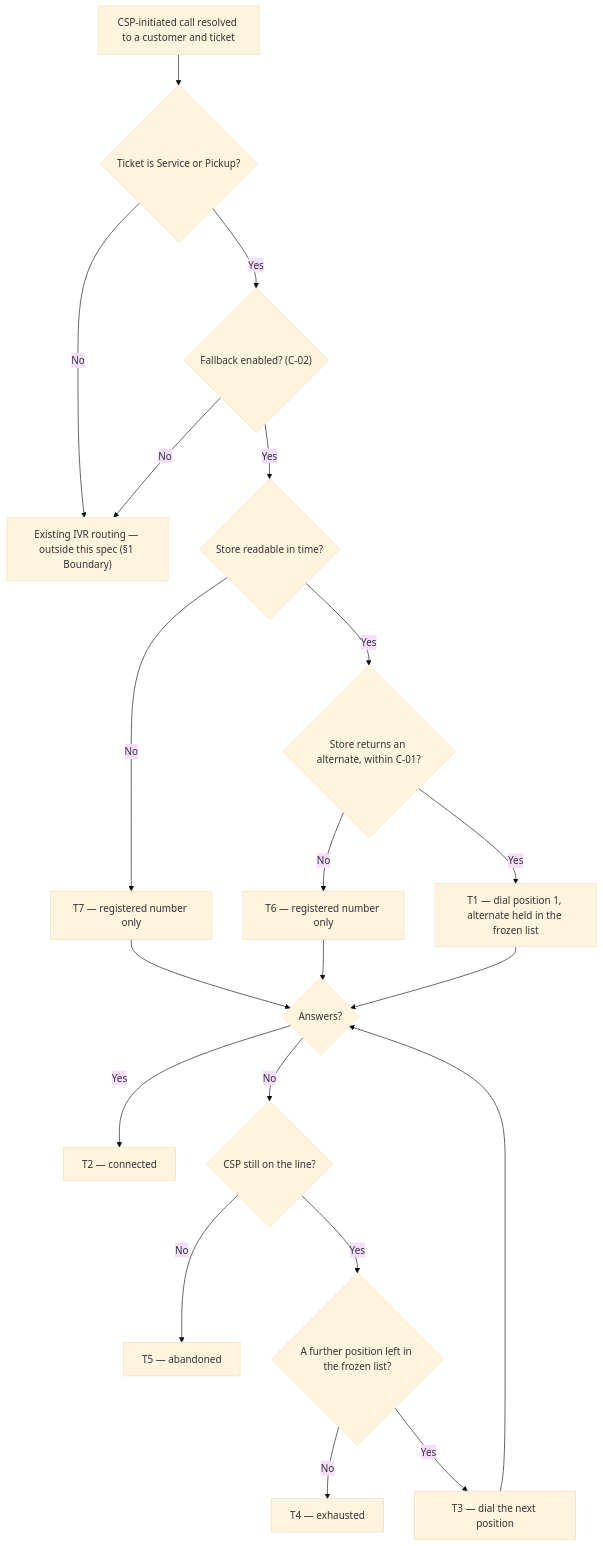
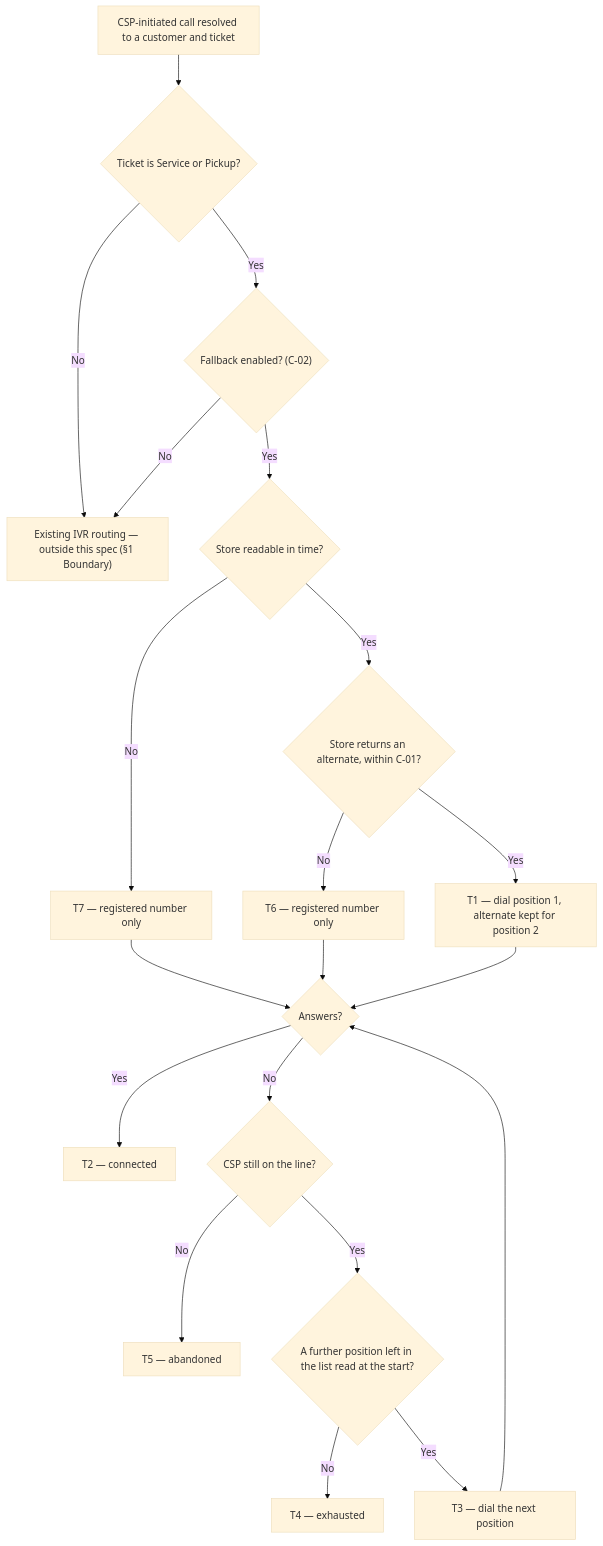
The diagram in IVR_Alternate_Number_PRD.md (ashish-raj-wiom/ivr-alternate-number), drawn with Mermaid (base theme) before and after one commit. The commit also changed other lines of this file and 2 other files, not shown here.

First line of the commit message:
v2.5 — drop "frozen dial list" from the ACs; keep the obligation

````diff
--- a/IVR_Alternate_Number_PRD.md
+++ b/IVR_Alternate_Number_PRD.md
@@ -77,22 +77,22 @@
 ```mermaid
 flowchart TD
     A["CSP-initiated call resolved to a customer and ticket"] --> B{"Ticket is Service or Pickup?"}
     B -- "No" --> C["Existing IVR routing — outside this spec (§1 Boundary)"]
     B -- "Yes" --> D{"Fallback enabled? (C-02)"}
     D -- "No" --> C
     D -- "Yes" --> E{"Store readable in time?"}
     E -- "No" --> F["T7 — registered number only"]
     E -- "Yes" --> G{"Store returns an alternate, within C-01?"}
     G -- "No" --> H["T6 — registered number only"]
-    G -- "Yes" --> I["T1 — dial position 1, alternate held in the frozen list"]
+    G -- "Yes" --> I["T1 — dial position 1, alternate kept for position 2"]
     F --> J{"Answers?"}
     H --> J
     I --> J
     J -- "Yes" --> K["T2 — connected"]
     J -- "No" --> L{"CSP still on the line?"}
     L -- "No" --> M["T5 — abandoned"]
-    L -- "Yes" --> N{"A further position left in the frozen list?"}
+    L -- "Yes" --> N{"A further position left in the list read at the start?"}
     N -- "No" --> O["T4 — exhausted"]
     N -- "Yes" --> P["T3 — dial the next position"]
     P --> J
 ```
````
